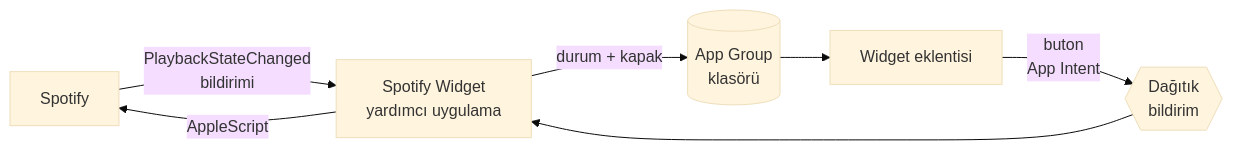
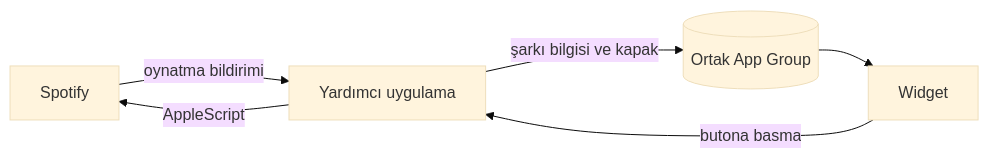
The diagram in README.tr.md (Daenqs/SpotifyWidget), drawn with Mermaid (base theme) before and after one commit. The commit also changed other lines of this file and 1 other file, not shown here.

````diff
--- a/README.tr.md
+++ b/README.tr.md
@@ -105,9 +114,8 @@
 ```mermaid
 flowchart LR
-    S[Spotify] -- PlaybackStateChanged<br/>bildirimi --> H[Spotify Widget<br/>yardımcı uygulama]
-    H -- durum + kapak --> G[(App Group<br/>klasörü)]
-    G --> W[Widget eklentisi]
-    W -- buton<br/>App Intent --> N{{Dağıtık<br/>bildirim}}
-    N --> H
+    S[Spotify] -- oynatma bildirimi --> H[Yardımcı uygulama]
+    H -- şarkı bilgisi ve kapak --> G[(Ortak App Group)]
+    G --> W[Widget]
+    W -- butona basma --> H
     H -- AppleScript --> S
 ```
````
